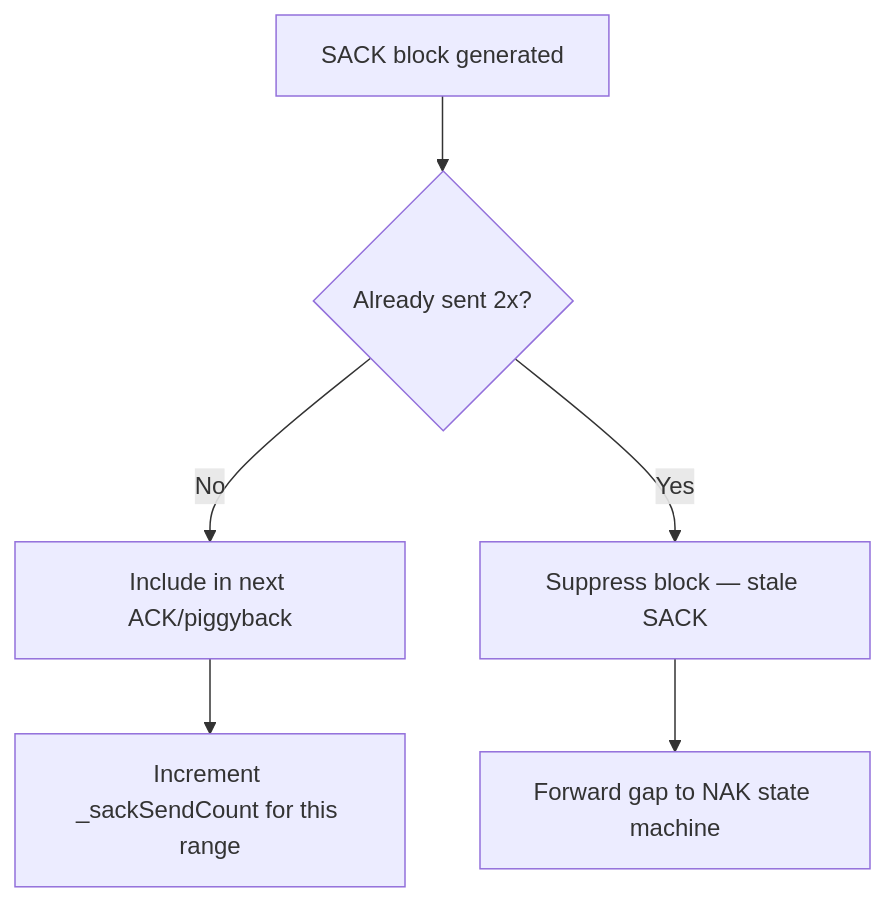
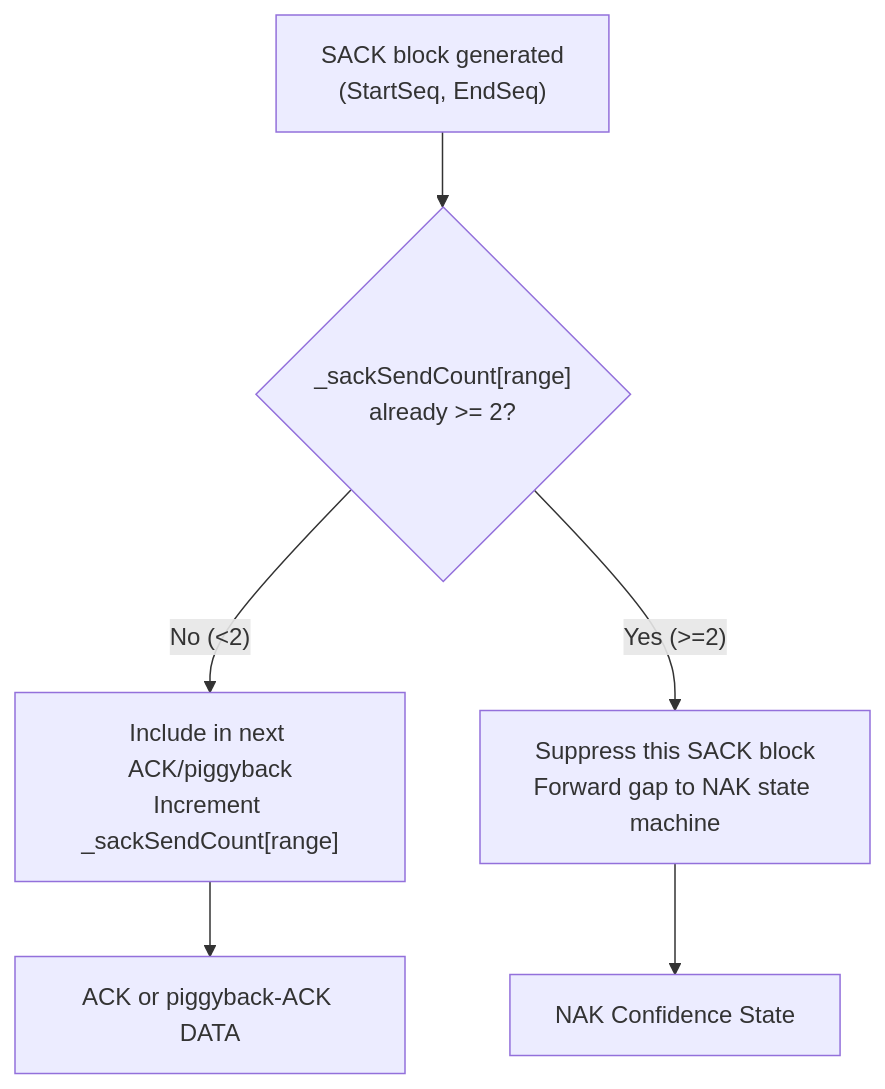
Before and after one commit to liulilittle/ucp: the third of 9 diagrams in docs/protocol.md, drawn with Mermaid. The commit also changed other lines of this file and 43 other files, not shown here.

````diff
--- a/docs/protocol.md
+++ b/docs/protocol.md
@@ -139,8 +145,8 @@
 ```mermaid
 flowchart TD
-    SackBlock[SACK block generated] --> Check{Already sent 2x?}
-    Check -->|No| Send[Include in next ACK/piggyback]
-    Check -->|Yes| Suppress[Suppress block — stale SACK]
-    Send --> Increment[Increment _sackSendCount for this range]
-    Suppress --> Forward[Forward gap to NAK state machine]
+    SackBlock["SACK block generated<br/>(StartSeq, EndSeq)"] --> Check{"_sackSendCount[range]<br/>already >= 2?"}
+    Check -->|"No (<2)"| Send["Include in next ACK/piggyback<br/>Increment _sackSendCount[range]"]
+    Check -->|"Yes (>=2)"| Suppress["Suppress this SACK block<br/>Forward gap to NAK state machine"]
+    Send --> AckPkt["ACK or piggyback-ACK DATA"]
+    Suppress --> NakMachine["NAK Confidence State"]
 ```
````
